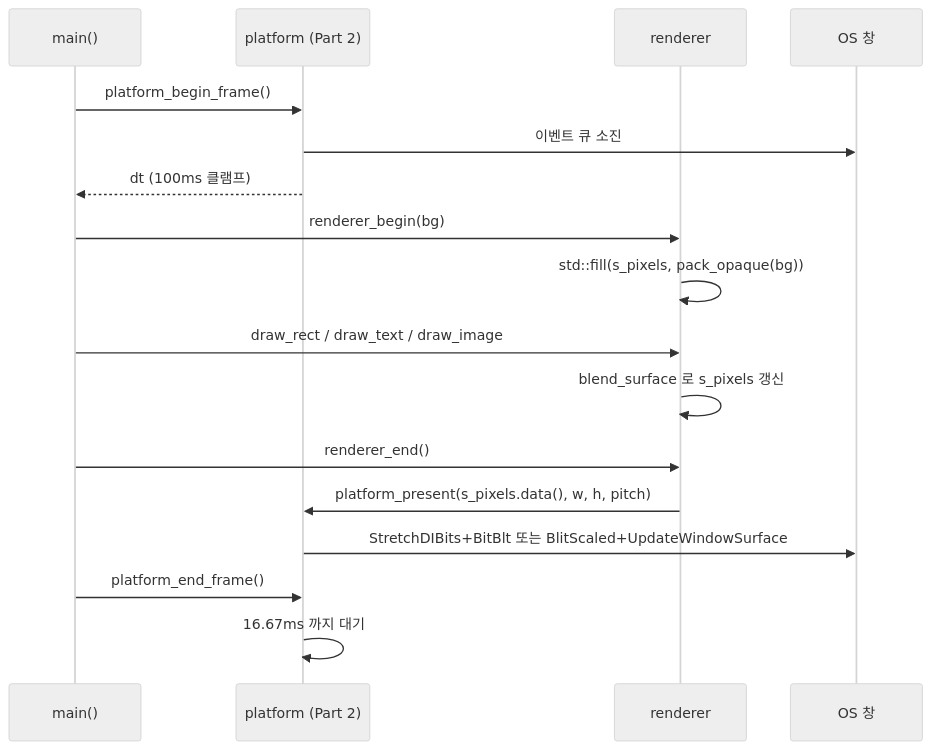
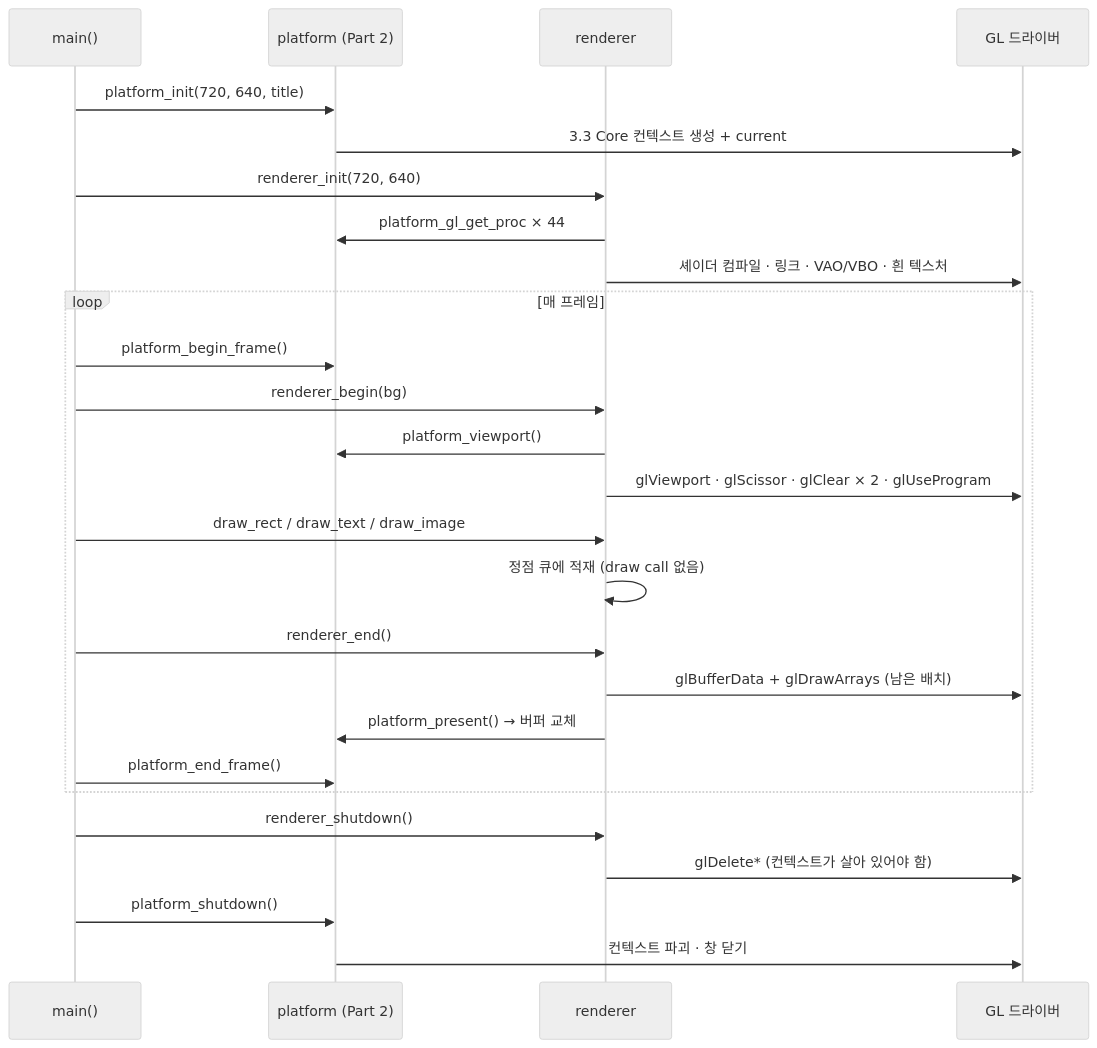
One commit to Rein-ArXiv/Tetris-Multiplayer-RL changed the sixth of 7 diagrams in docs/blog/part3-rendering-and-ui.md. Above: the diagram before and after it, drawn with Mermaid (neutral theme). The commit also changed other lines of this file and 13 other files, not shown here.

````diff
--- a/docs/blog/part3-rendering-and-ui.md
+++ b/docs/blog/part3-rendering-and-ui.md
@@ -1627,20 +2460,29 @@
 ```mermaid
 sequenceDiagram
     participant M as main()
     participant P as platform (Part 2)
     participant R as renderer
-    participant OS as OS 창
+    participant D as GL 드라이버
 
-    M->>P: platform_begin_frame()
-    P->>OS: 이벤트 큐 소진
-    P-->>M: dt (100ms 클램프)
-    M->>R: renderer_begin(bg)
-    R->>R: std::fill(s_pixels, pack_opaque(bg))
-    M->>R: draw_rect / draw_text / draw_image
-    R->>R: blend_surface 로 s_pixels 갱신
-    M->>R: renderer_end()
-    R->>P: platform_present(s_pixels.data(), w, h, pitch)
-    P->>OS: StretchDIBits+BitBlt 또는 BlitScaled+UpdateWindowSurface
-    M->>P: platform_end_frame()
-    P->>P: 16.67ms 까지 대기
+    M->>P: platform_init(720, 640, title)
+    P->>D: 3.3 Core 컨텍스트 생성 + current
+    M->>R: renderer_init(720, 640)
+    R->>P: platform_gl_get_proc × 44
+    R->>D: 셰이더 컴파일 · 링크 · VAO/VBO · 흰 텍스처
+    loop 매 프레임
+        M->>P: platform_begin_frame()
+        M->>R: renderer_begin(bg)
+        R->>P: platform_viewport()
+        R->>D: glViewport · glScissor · glClear × 2 · glUseProgram
+        M->>R: draw_rect / draw_text / draw_image
+        R->>R: 정점 큐에 적재 (draw call 없음)
+        M->>R: renderer_end()
+        R->>D: glBufferData + glDrawArrays (남은 배치)
+        R->>P: platform_present() → 버퍼 교체
+        M->>P: platform_end_frame()
+    end
+    M->>R: renderer_shutdown()
+    R->>D: glDelete* (컨텍스트가 살아 있어야 함)
+    M->>P: platform_shutdown()
+    P->>D: 컨텍스트 파괴 · 창 닫기
 ```
````
